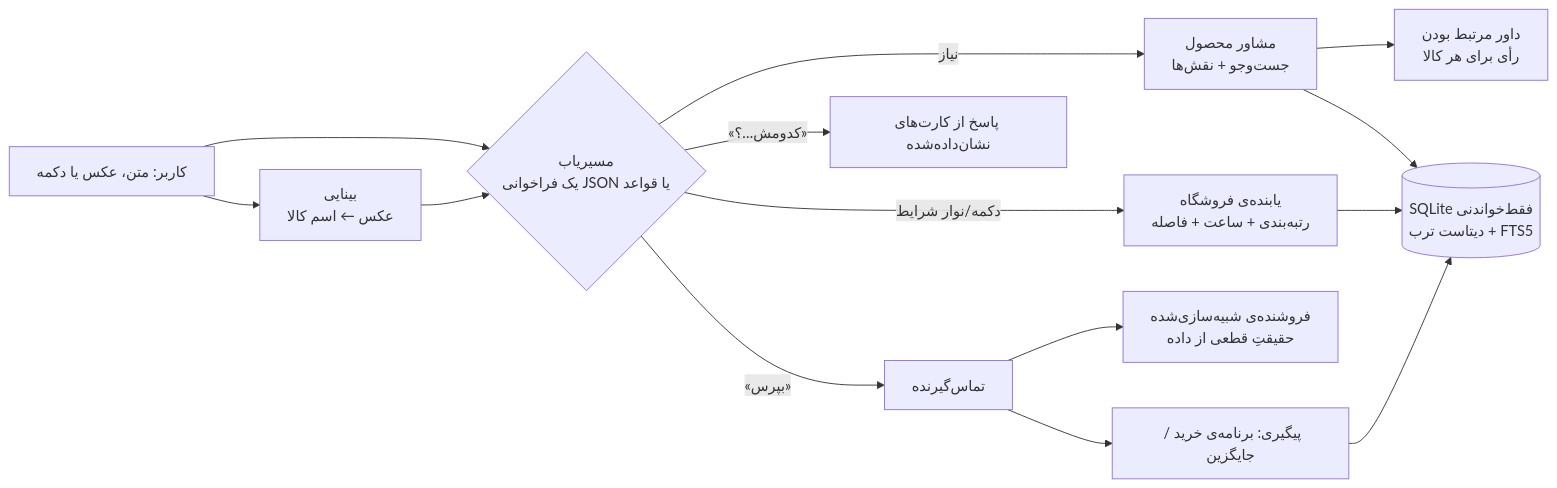
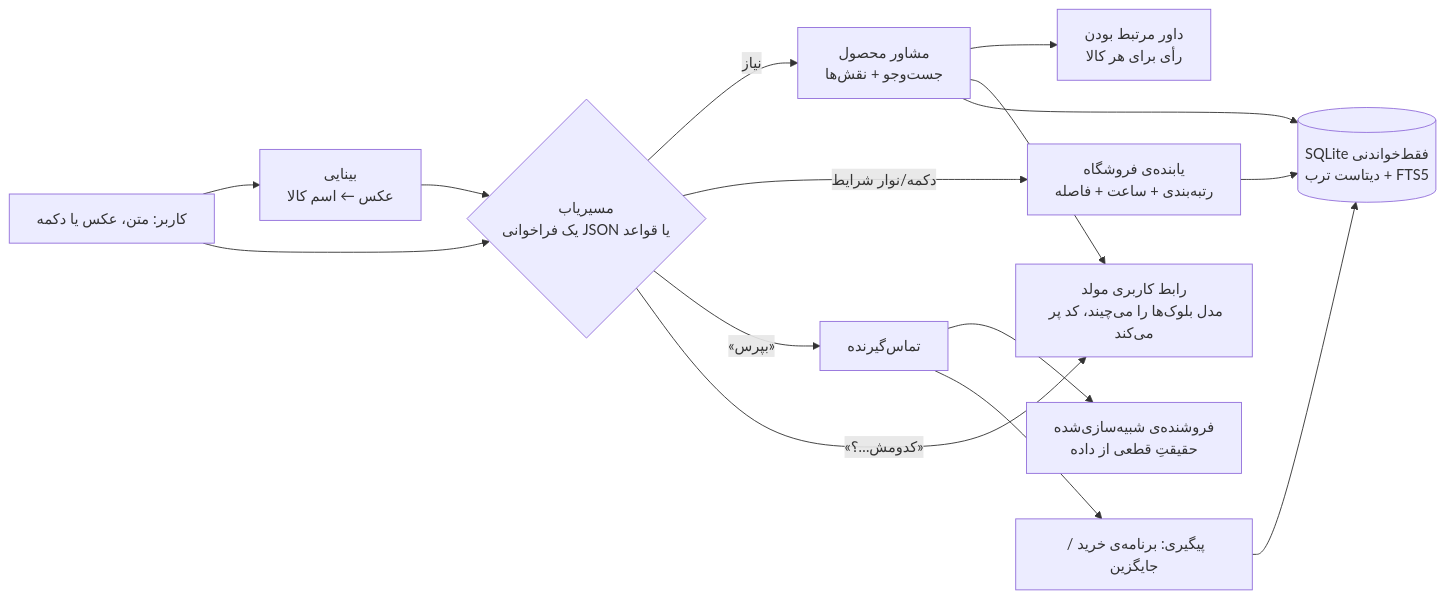
Before and after one commit to MetaParsa/atlas: the diagram in torob/README.md, drawn with Mermaid. The commit also changed other lines of this file and 4 other files, not shown here.

````diff
--- a/torob/README.md
+++ b/torob/README.md
@@ -32,14 +32,15 @@
 ```mermaid
 flowchart LR
   U[کاربر: متن، عکس یا دکمه] --> V[بینایی<br/>عکس ← اسم کالا]
   U --> R{مسیریاب<br/>یک فراخوانی JSON یا قواعد}
   V --> R
   R -->|نیاز| A[مشاور محصول<br/>جست‌وجو + نقش‌ها]
   A --> J[داور مرتبط بودن<br/>رأی برای هر کالا]
   R -->|دکمه/نوار شرایط| S[یابنده‌ی فروشگاه<br/>رتبه‌بندی + ساعت + فاصله]
   R -->|«بپرس»| C[تماس‌گیرنده]
   C --> T[فروشنده‌ی شبیه‌سازی‌شده<br/>حقیقتِ قطعی از داده]
   C --> F[پیگیری: برنامه‌ی خرید / جایگزین]
-  R -->|«کدومش…؟»| Q[پاسخ از کارت‌های نشان‌داده‌شده]
+  R -->|«کدومش…؟»| Q[رابط کاربری مولد<br/>مدل بلوک‌ها را می‌چیند، کد پر می‌کند]
+  A --> Q
   A & S & F --> D[(SQLite فقط‌خواندنی<br/>دیتاست ترب + FTS5)]
 ```
````
